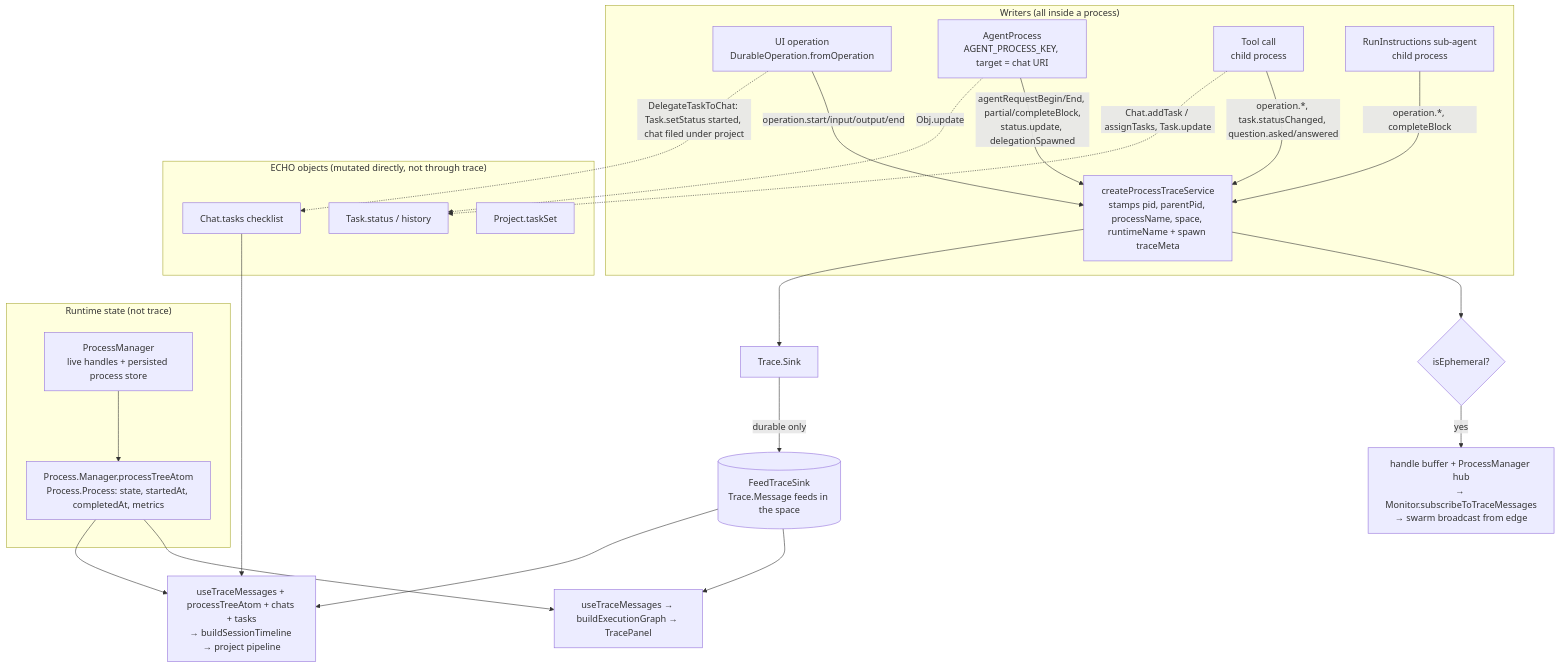
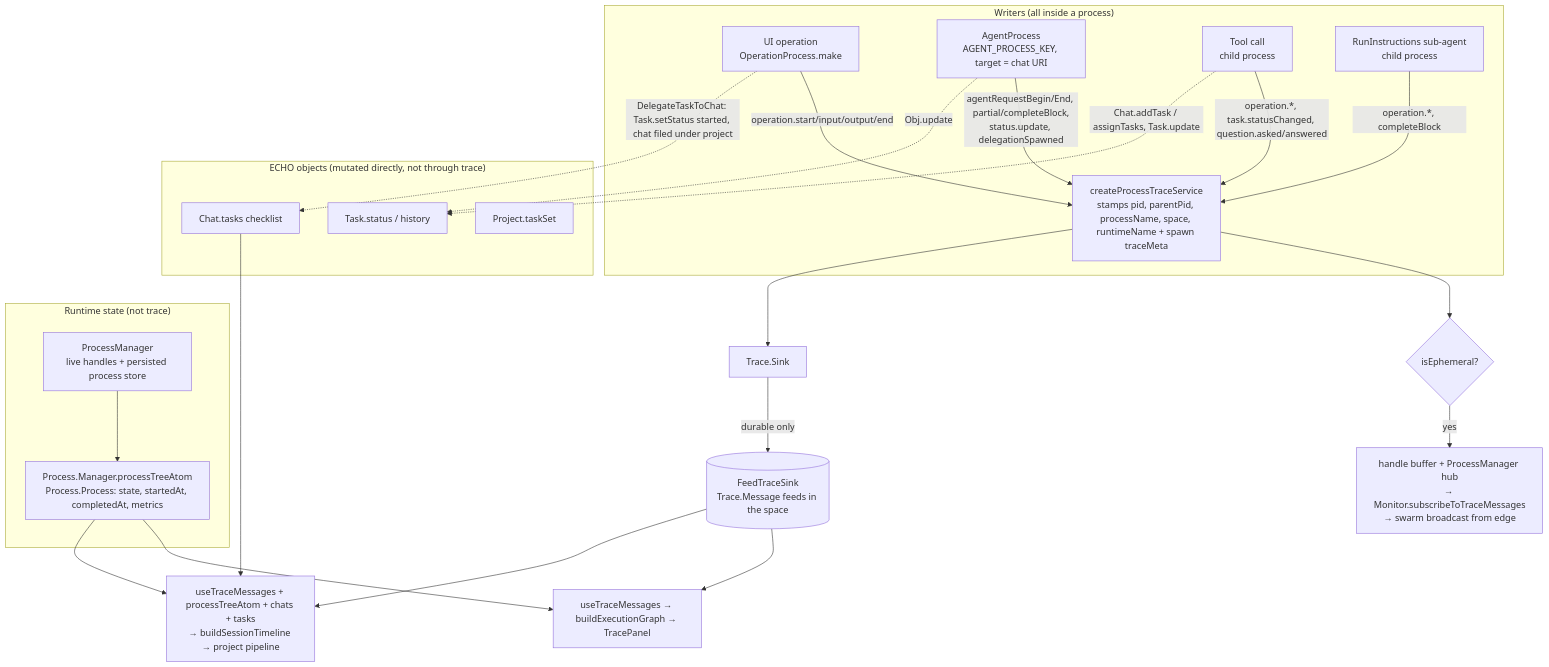
Before and after one commit to dxos/dxos: the third of 9 diagrams in packages/plugins/plugin-assistant/docs/ACTIVITY.md, drawn with Mermaid. The commit also changed other lines of this file and 66 other files, not shown here.

Commit message:
compute: two-stage durable operations, process-backed invoker, one Process type (#13727)

````diff
--- a/packages/plugins/plugin-assistant/docs/ACTIVITY.md
+++ b/packages/plugins/plugin-assistant/docs/ACTIVITY.md
@@ -171,29 +171,29 @@
 ```mermaid
 flowchart TB
   subgraph writers["Writers (all inside a process)"]
-    UI[UI operation<br/>DurableOperation.fromOperation] -->|operation.start/input/output/end| TS
+    UI[UI operation<br/>OperationProcess.make] -->|operation.start/input/output/end| TS
     AG["AgentProcess<br/>AGENT_PROCESS_KEY, target = chat URI"] -->|"agentRequestBegin/End, partial/completeBlock,<br/>status.update, delegationSpawned"| TS
     TOOL[Tool call<br/>child process] -->|"operation.*, task.statusChanged, question.asked/answered"| TS
     SUB[RunInstructions sub-agent<br/>child process] -->|"operation.*, completeBlock"| TS
   end
   TS["createProcessTraceService<br/>stamps pid, parentPid, processName, space, runtimeName + spawn traceMeta"] --> EPH
   TS --> SINK
   EPH{isEphemeral?} -->|yes| HUB["handle buffer + ProcessManager hub<br/>→ Monitor.subscribeToTraceMessages<br/>→ swarm broadcast from edge"]
   SINK[Trace.Sink] -->|durable only| FEED[("FeedTraceSink<br/>Trace.Message feeds in the space")]
   subgraph state["Runtime state (not trace)"]
     PM["ProcessManager<br/>live handles + persisted process store"] --> MON["Process.Manager.processTreeAtom<br/>Process.Process: state, startedAt, completedAt, metrics"]
   end
   subgraph objects["ECHO objects (mutated directly, not through trace)"]
     CHAT[Chat.tasks checklist]
     TASK[Task.status / history]
     PROJ[Project.taskSet]
   end
   AG -.->|Obj.update| TASK
   TOOL -.->|"Chat.addTask / assignTasks, Task.update"| TASK
   UI -.->|"DelegateTaskToChat: Task.setStatus started, chat filed under project"| CHAT
   FEED --> R1[useTraceMessages → buildExecutionGraph → TracePanel]
   FEED --> R2["useTraceMessages + processTreeAtom + chats + tasks<br/>→ buildSessionTimeline → project pipeline"]
   MON --> R1
   MON --> R2
   CHAT --> R2
 ```
````
